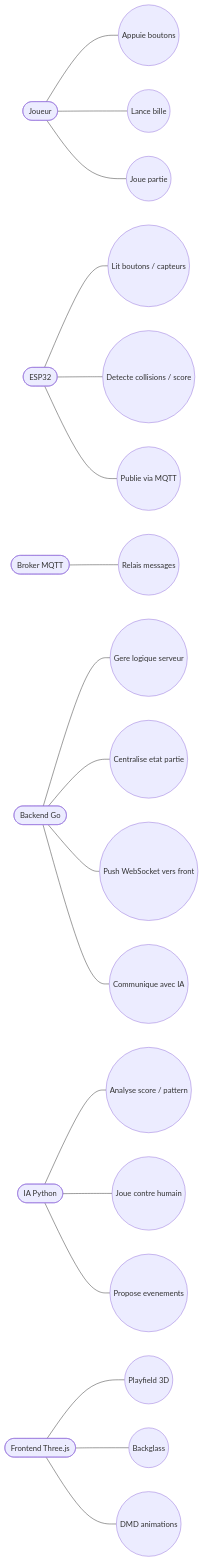
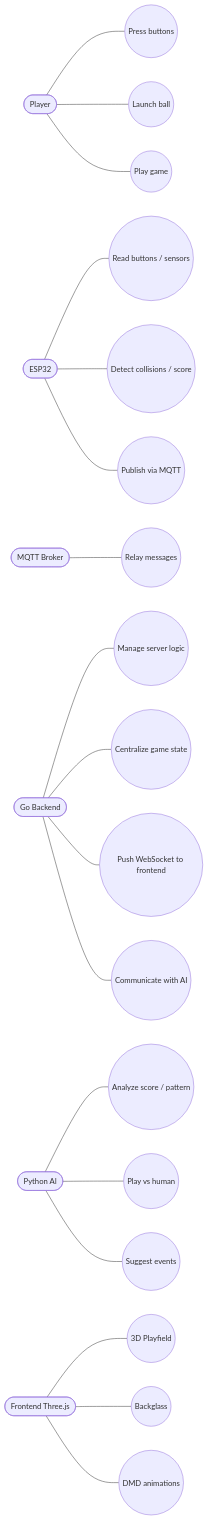
Before and after one commit to AkaTFL/Flipper: the diagram in doc/diagrammes/usecase.md, drawn with Mermaid. The commit also changed 2 other files, not shown here.

Commit message:
update in etat.md / sequence.md / usecase.md

````diff
--- a/doc/diagrammes/usecase.md
+++ b/doc/diagrammes/usecase.md
@@ -1,50 +1,50 @@
 ```mermaid
 flowchart LR
-  Joueur([Joueur])
+  Player([Player])
   ESP32([ESP32])
-  MQTT([Broker MQTT])
-  Backend([Backend Go])
-  IA([IA Python])
+  MQTT([MQTT Broker])
+  Backend([Go Backend])
+  AI([Python AI])
   Frontend([Frontend Three.js])
 
-  UC1((Appuie boutons))
-  UC2((Lance bille))
-  UC3((Joue partie))
-  UC4((Lit boutons / capteurs))
-  UC5((Detecte collisions / score))
-  UC6((Publie via MQTT))
-  UC7((Relais messages))
-  UC8((Gere logique serveur))
-  UC9((Centralise etat partie))
-  UC10((Push WebSocket vers front))
-  UC11((Communique avec IA))
-  UC12((Analyse score / pattern))
-  UC13((Joue contre humain))
-  UC14((Propose evenements))
-  UC15((Playfield 3D))
+  UC1((Press buttons))
+  UC2((Launch ball))
+  UC3((Play game))
+  UC4((Read buttons / sensors))
+  UC5((Detect collisions / score))
+  UC6((Publish via MQTT))
+  UC7((Relay messages))
+  UC8((Manage server logic))
+  UC9((Centralize game state))
+  UC10((Push WebSocket to frontend))
+  UC11((Communicate with AI))
+  UC12((Analyze score / pattern))
+  UC13((Play vs human))
+  UC14((Suggest events))
+  UC15((3D Playfield))
   UC16((Backglass))
   UC17((DMD animations))
 
-  Joueur --- UC1
-  Joueur --- UC2
-  Joueur --- UC3
+  Player --- UC1
+  Player --- UC2
+  Player --- UC3
 
   ESP32 --- UC4
   ESP32 --- UC5
   ESP32 --- UC6
 
   MQTT --- UC7
 
   Backend --- UC8
   Backend --- UC9
   Backend --- UC10
   Backend --- UC11
 
-  IA --- UC12
-  IA --- UC13
-  IA --- UC14
+  AI --- UC12
+  AI --- UC13
+  AI --- UC14
 
   Frontend --- UC15
   Frontend --- UC16
   Frontend --- UC17
 ```
````
